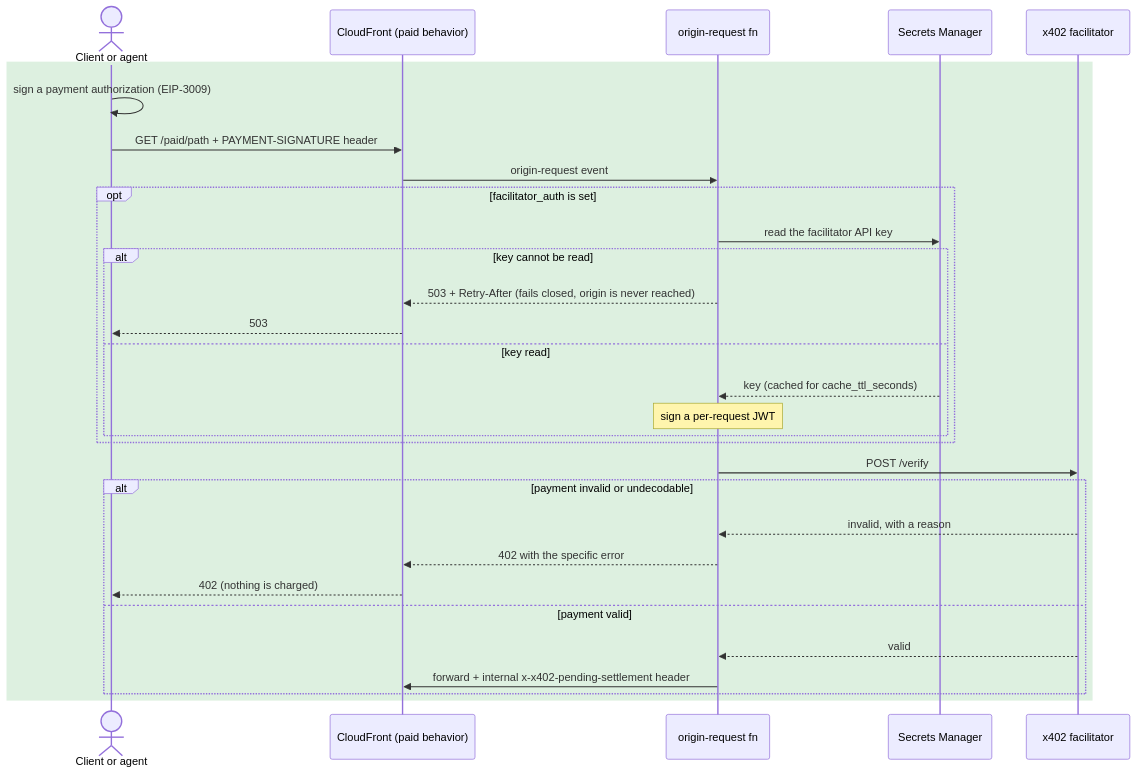
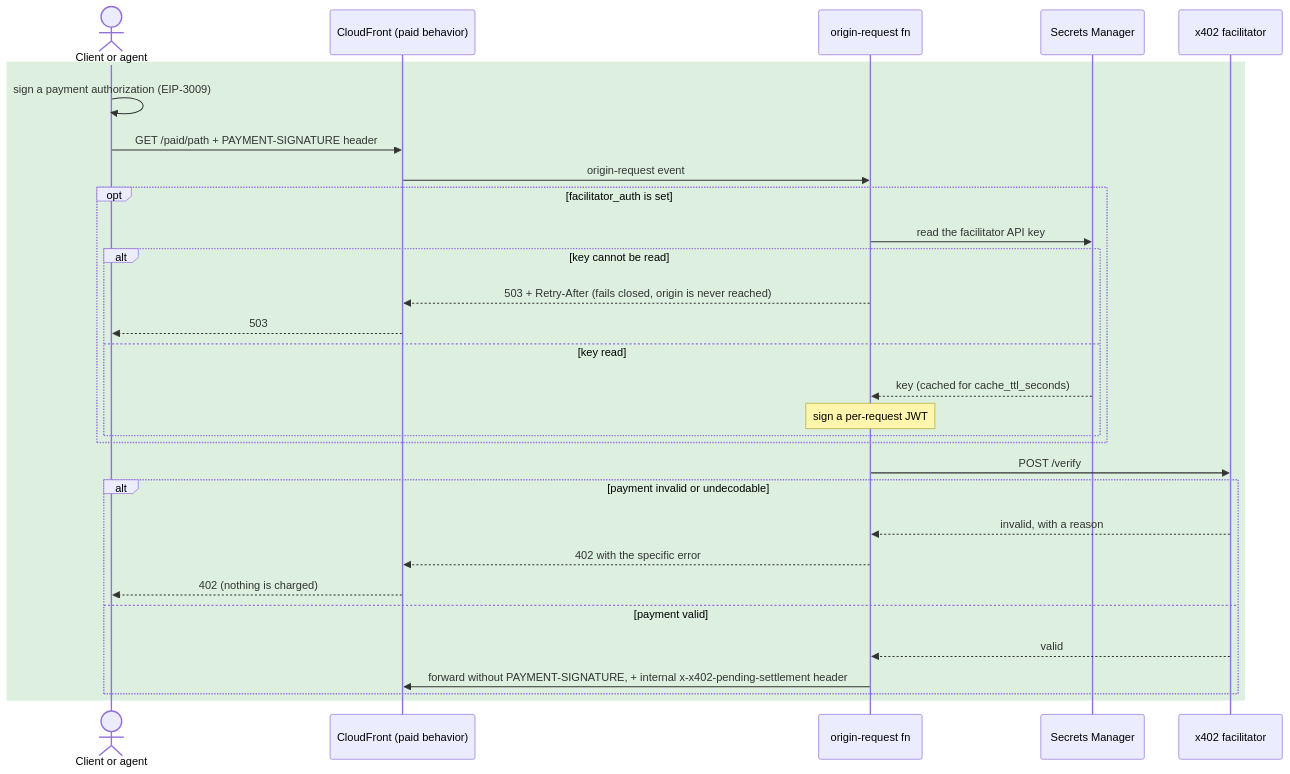
One commit to ql4b/terraform-aws-x402-edge changed the third of 5 diagrams in docs/request-flow.md. Above: the diagram before and after it, drawn with Mermaid. The commit also changed 6 other files, not shown here.

First line of the commit message:
fix: do not forward PAYMENT-SIGNATURE to the origin after verification (#25)

````diff
--- a/docs/request-flow.md
+++ b/docs/request-flow.md
@@ -92,33 +92,33 @@
 ```mermaid
 sequenceDiagram
     actor C as Client or agent
     participant CF as CloudFront (paid behavior)
     participant OQ as origin-request fn
     participant SM as Secrets Manager
     participant F as x402 facilitator
 
     rect rgba(46,160,67,0.16)
     C->>C: sign a payment authorization (EIP-3009)
     C->>CF: GET /paid/path + PAYMENT-SIGNATURE header
     CF->>OQ: origin-request event
     opt facilitator_auth is set
         OQ->>SM: read the facilitator API key
         alt key cannot be read
             OQ-->>CF: 503 + Retry-After (fails closed, origin is never reached)
             CF-->>C: 503
         else key read
             SM-->>OQ: key (cached for cache_ttl_seconds)
             Note over OQ: sign a per-request JWT
         end
     end
     OQ->>F: POST /verify
     alt payment invalid or undecodable
         F-->>OQ: invalid, with a reason
         OQ-->>CF: 402 with the specific error
         CF-->>C: 402 (nothing is charged)
     else payment valid
         F-->>OQ: valid
-        OQ->>CF: forward + internal x-x402-pending-settlement header
+        OQ->>CF: forward without PAYMENT-SIGNATURE, + internal x-x402-pending-settlement header
     end
     end
 ```
````
